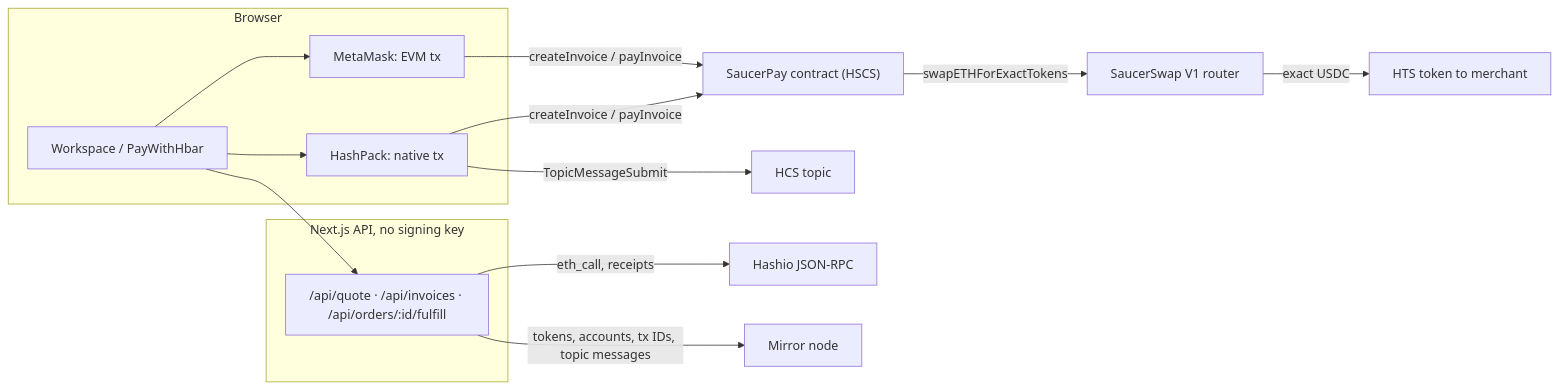
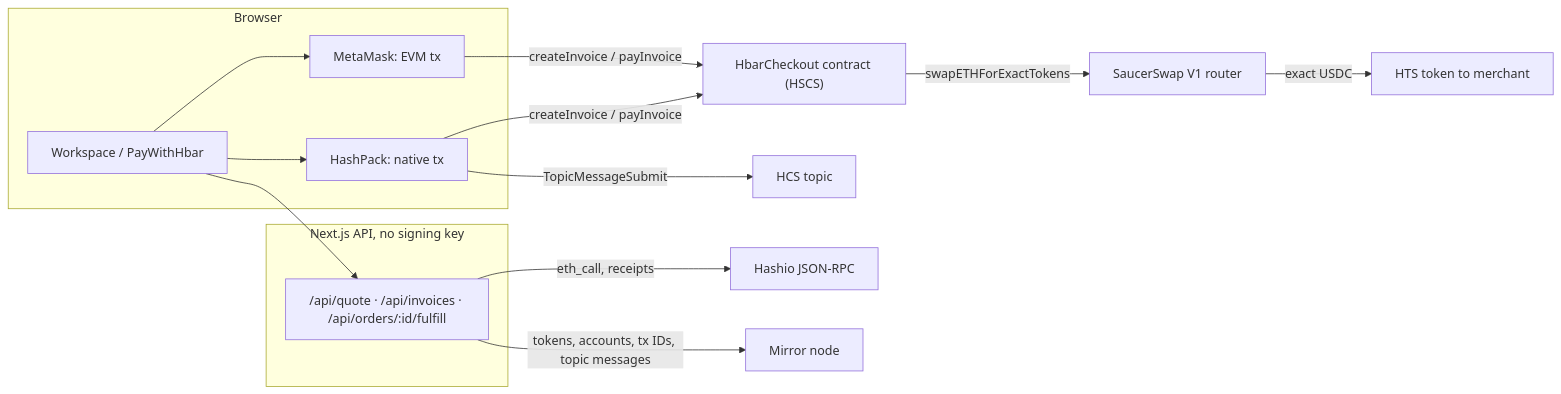
Before and after one commit to STOOOKEEE/hbar-checkout: the first of 2 diagrams in docs/ARCHITECTURE.md, drawn with Mermaid. The commit also changed other lines of this file and 48 other files, not shown here.

First line of the commit message:
Rename the template to HBAR Checkout

````diff
--- a/docs/ARCHITECTURE.md
+++ b/docs/ARCHITECTURE.md
@@ -7,19 +7,19 @@
 ```mermaid
 flowchart LR
     subgraph Browser
       W["Workspace / PayWithHbar"]
       HP["HashPack: native tx"]
       MM["MetaMask: EVM tx"]
     end
     subgraph Server["Next.js API, no signing key"]
       API["/api/quote · /api/invoices · /api/orders/:id/fulfill"]
     end
     W --> HP & MM
-    HP & MM -->|"createInvoice / payInvoice"| C["SaucerPay contract (HSCS)"]
+    HP & MM -->|"createInvoice / payInvoice"| C["HbarCheckout contract (HSCS)"]
     HP -->|"TopicMessageSubmit"| T["HCS topic"]
     C -->|"swapETHForExactTokens"| S["SaucerSwap V1 router"]
     S -->|"exact USDC"| U["HTS token to merchant"]
     W --> API
     API -->|"eth_call, receipts"| RPC["Hashio JSON-RPC"]
     API -->|"tokens, accounts, tx IDs, topic messages"| MN["Mirror node"]
 ```
````
